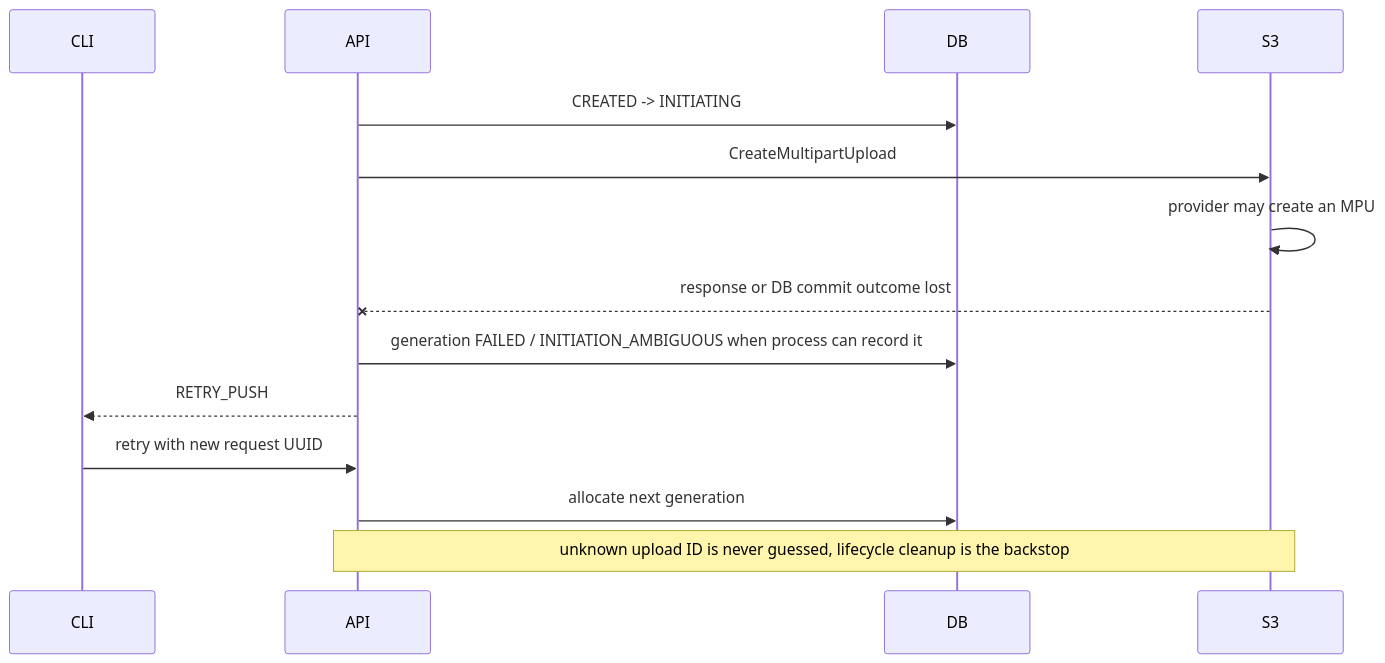
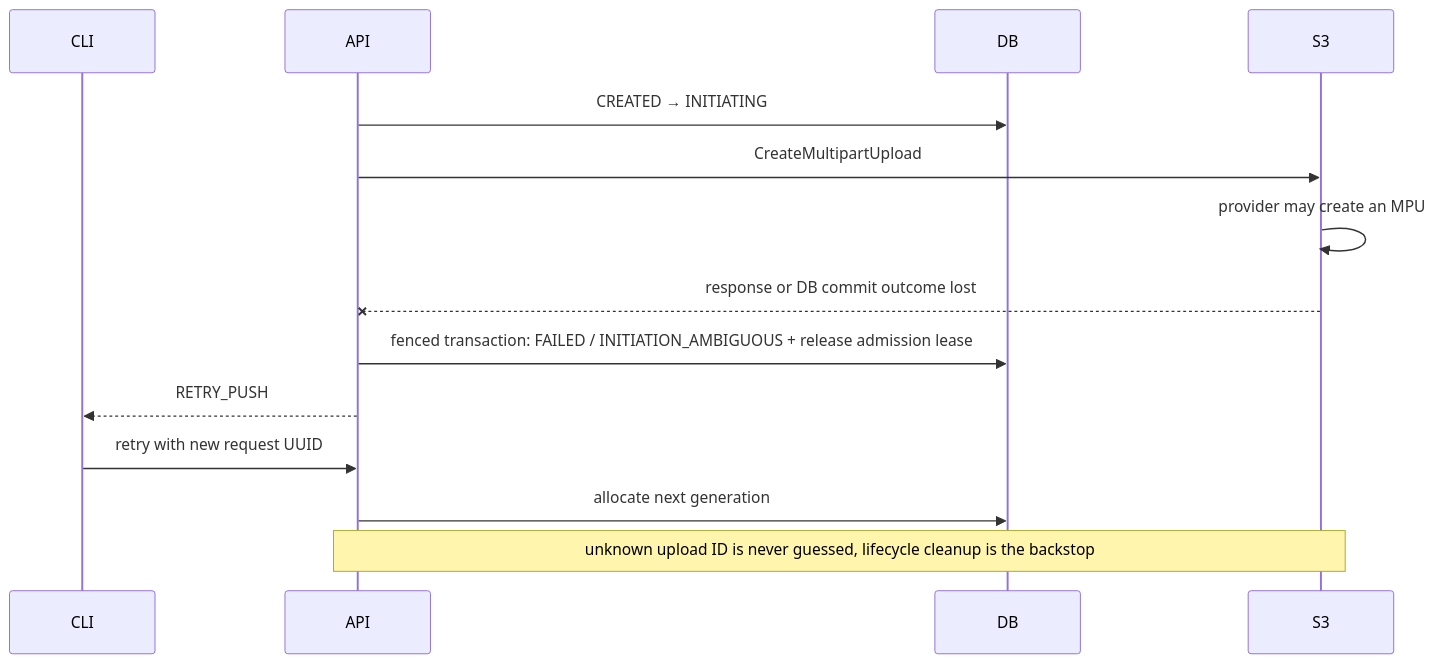
One commit to zbnerd/RoboLake changed the fourth of 10 diagrams in docs/M2_MULTIPART_ARCHITECTURE.md. Above: the diagram before and after it, drawn with Mermaid. The commit also changed other lines of this file and 14 other files, not shown here.

````diff
--- a/docs/M2_MULTIPART_ARCHITECTURE.md
+++ b/docs/M2_MULTIPART_ARCHITECTURE.md
@@ -393,16 +441,16 @@
 ```mermaid
 sequenceDiagram
     participant CLI
     participant API
     participant DB
     participant S3
-    API->>DB: CREATED -> INITIATING
+    API->>DB: CREATED → INITIATING
     API->>S3: CreateMultipartUpload
     S3->>S3: provider may create an MPU
     S3--xAPI: response or DB commit outcome lost
-    API->>DB: generation FAILED / INITIATION_AMBIGUOUS when process can record it
+    API->>DB: fenced transaction: FAILED / INITIATION_AMBIGUOUS + release admission lease
     API-->>CLI: RETRY_PUSH
     CLI->>API: retry with new request UUID
     API->>DB: allocate next generation
     Note over API,S3: unknown upload ID is never guessed, lifecycle cleanup is the backstop
 ```
````
